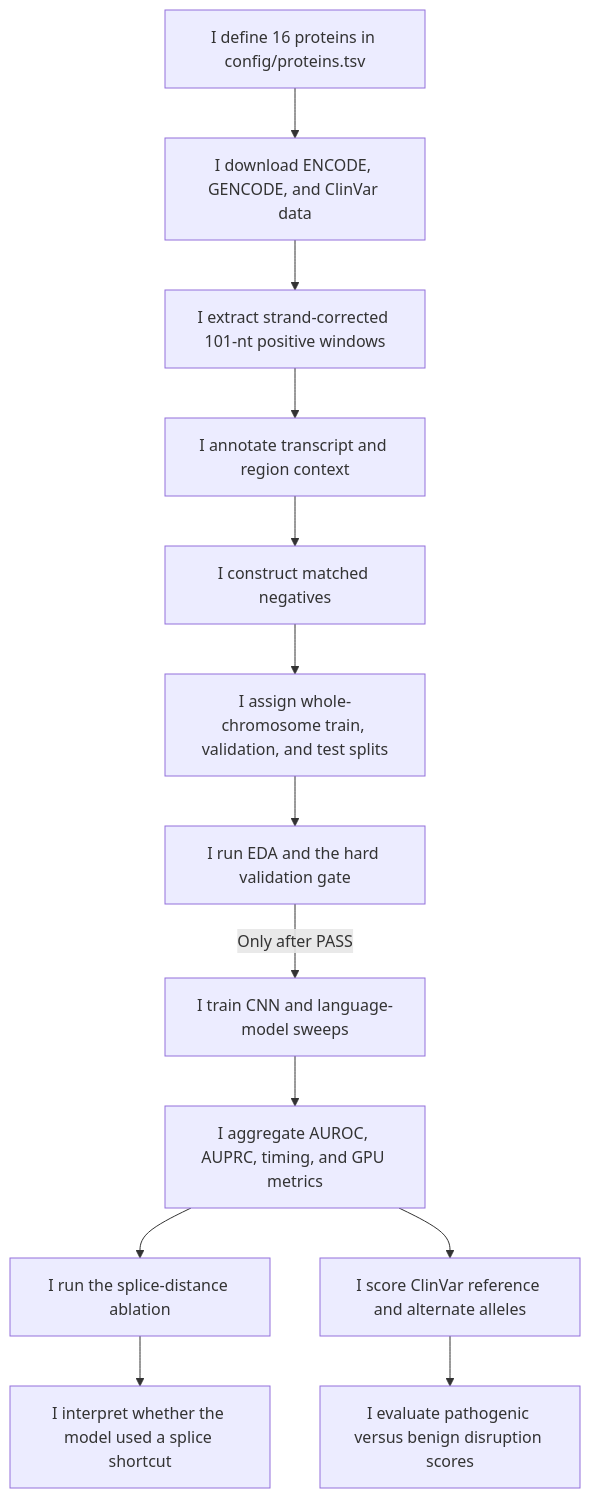
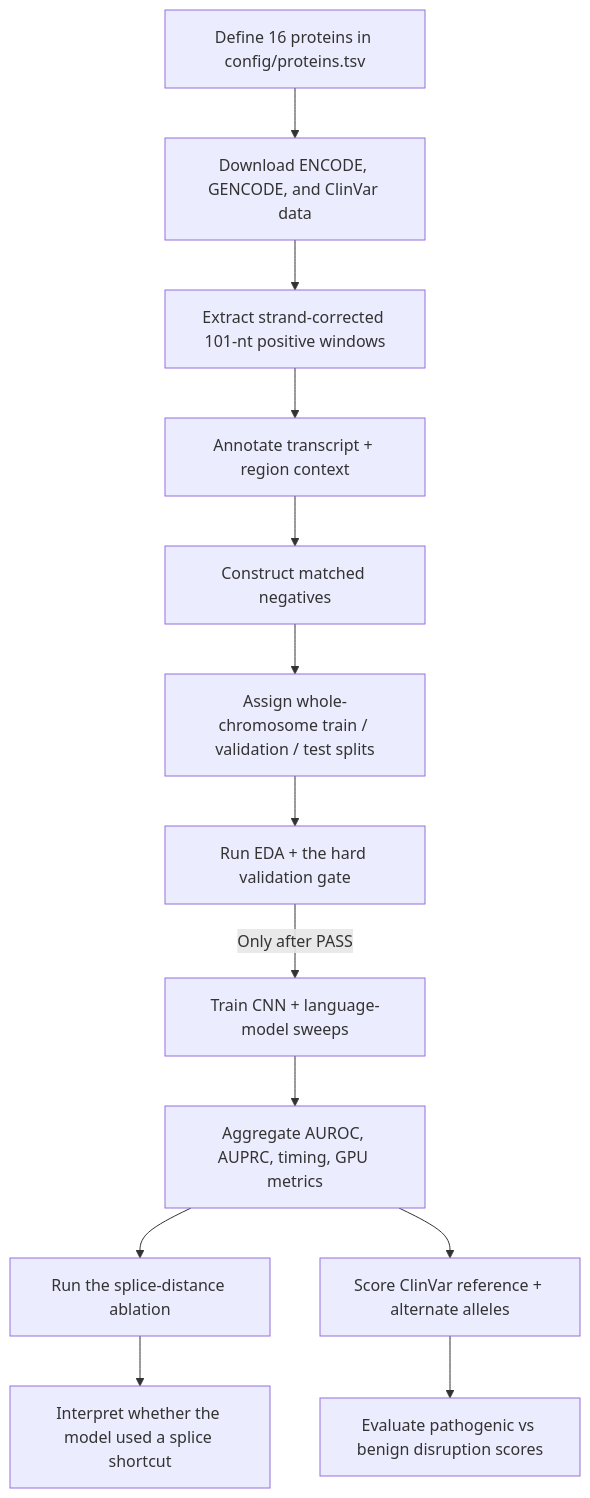
The fourth of 25 diagrams in README.md (NirmalKumar31/rbp-binding), drawn with Mermaid before and after one commit. The commit also changed other lines of this file, not shown here.

Commit message:
docs: neutralize first-person voice inside mermaid diagram labels

````diff
--- a/README.md
+++ b/README.md
@@ -199,15 +199,15 @@
 ```mermaid
 flowchart TD
-    A["I define 16 proteins in config/proteins.tsv"] --> B["I download ENCODE, GENCODE, and ClinVar data"]
-    B --> C["I extract strand-corrected 101-nt positive windows"]
-    C --> D["I annotate transcript and region context"]
-    D --> E["I construct matched negatives"]
-    E --> F["I assign whole-chromosome train, validation, and test splits"]
-    F --> G["I run EDA and the hard validation gate"]
-    G -->|"Only after PASS"| H["I train CNN and language-model sweeps"]
-    H --> I["I aggregate AUROC, AUPRC, timing, and GPU metrics"]
-    I --> J["I run the splice-distance ablation"]
-    I --> K["I score ClinVar reference and alternate alleles"]
-    J --> L["I interpret whether the model used a splice shortcut"]
-    K --> M["I evaluate pathogenic versus benign disruption scores"]
+    A["Define 16 proteins in config/proteins.tsv"] --> B["Download ENCODE, GENCODE, and ClinVar data"]
+    B --> C["Extract strand-corrected 101-nt positive windows"]
+    C --> D["Annotate transcript + region context"]
+    D --> E["Construct matched negatives"]
+    E --> F["Assign whole-chromosome train / validation / test splits"]
+    F --> G["Run EDA + the hard validation gate"]
+    G -->|"Only after PASS"| H["Train CNN + language-model sweeps"]
+    H --> I["Aggregate AUROC, AUPRC, timing, GPU metrics"]
+    I --> J["Run the splice-distance ablation"]
+    I --> K["Score ClinVar reference + alternate alleles"]
+    J --> L["Interpret whether the model used a splice shortcut"]
+    K --> M["Evaluate pathogenic vs benign disruption scores"]
 ```
````
